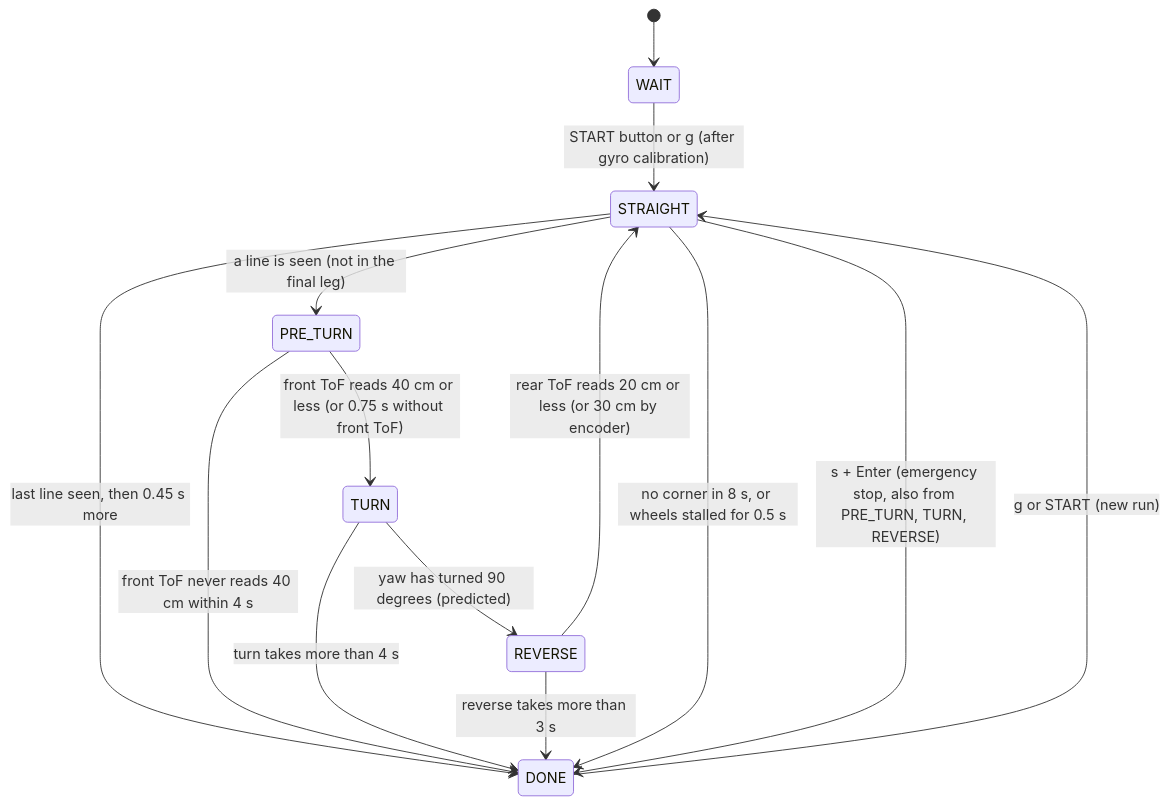
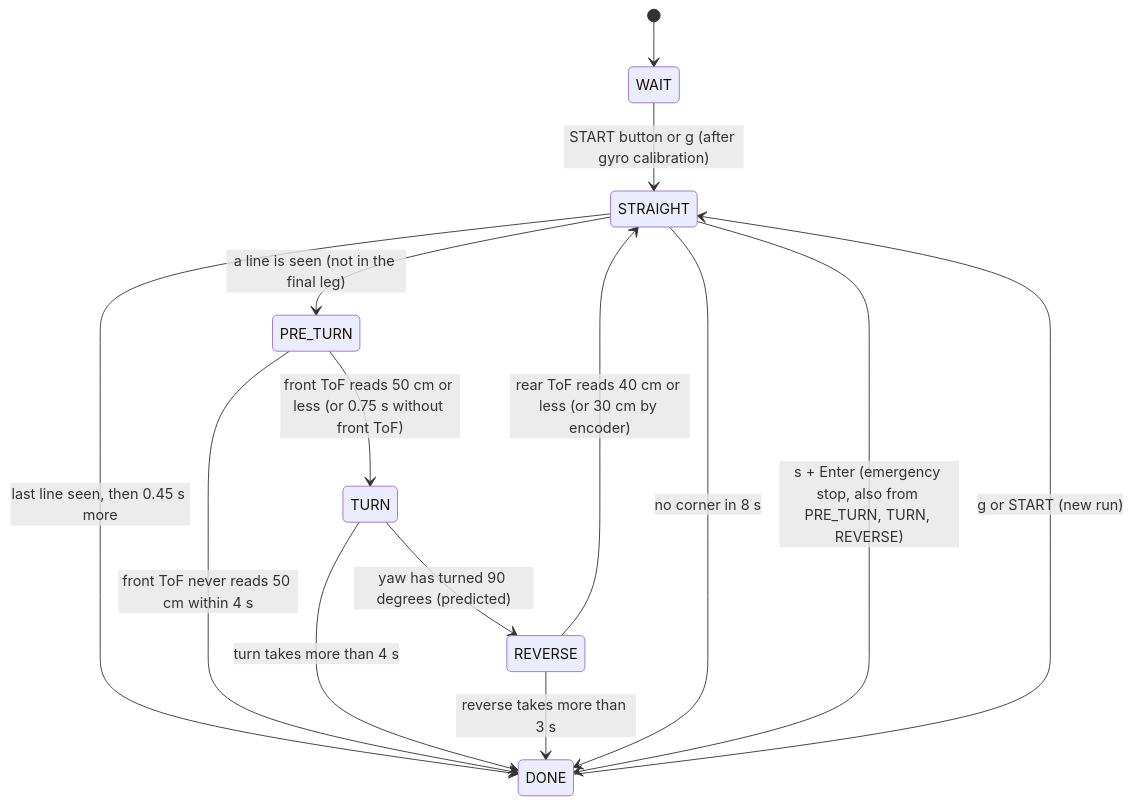
The first of 2 diagrams in src/obstacle-challenge/obstacle_challenge/README.md (henryalejandrorieraloza-sudo/WRO-2026-Future-Engineers-Journal), drawn with Mermaid before and after one commit. The commit also changed other lines of this file and 4 other files, not shown here.

````diff
--- a/src/obstacle-challenge/obstacle_challenge/README.md
+++ b/src/obstacle-challenge/obstacle_challenge/README.md
@@ -123,16 +123,16 @@
 ```mermaid
 stateDiagram-v2
     [*] --> WAIT
     WAIT --> STRAIGHT: START button or g (after gyro calibration)
     STRAIGHT --> PRE_TURN: a line is seen (not in the final leg)
-    PRE_TURN --> TURN: front ToF reads 40 cm or less (or 0.75 s without front ToF)
+    PRE_TURN --> TURN: front ToF reads 50 cm or less (or 0.75 s without front ToF)
     TURN --> REVERSE: yaw has turned 90 degrees (predicted)
-    REVERSE --> STRAIGHT: rear ToF reads 20 cm or less (or 30 cm by encoder)
+    REVERSE --> STRAIGHT: rear ToF reads 40 cm or less (or 30 cm by encoder)
     STRAIGHT --> DONE: last line seen, then 0.45 s more
-    PRE_TURN --> DONE: front ToF never reads 40 cm within 4 s
+    PRE_TURN --> DONE: front ToF never reads 50 cm within 4 s
     TURN --> DONE: turn takes more than 4 s
     REVERSE --> DONE: reverse takes more than 3 s
-    STRAIGHT --> DONE: no corner in 8 s, or wheels stalled for 0.5 s
+    STRAIGHT --> DONE: no corner in 8 s
     STRAIGHT --> DONE: s + Enter (emergency stop, also from PRE_TURN, TURN, REVERSE)
     DONE --> STRAIGHT: g or START (new run)
 ```
````
